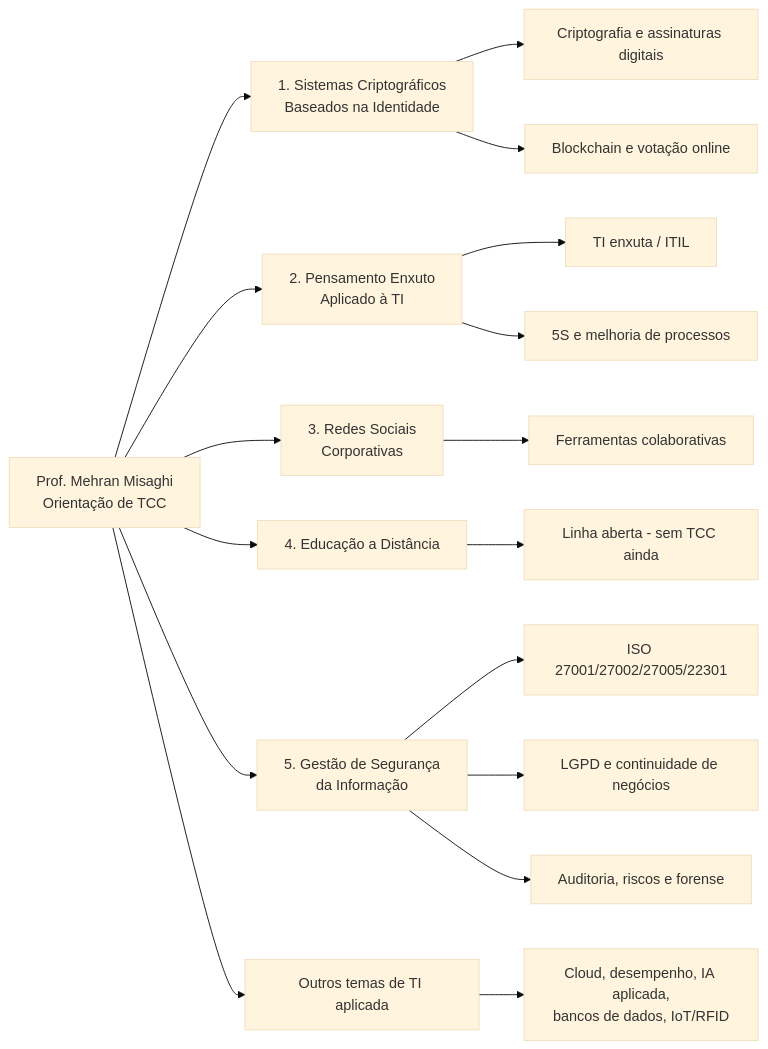
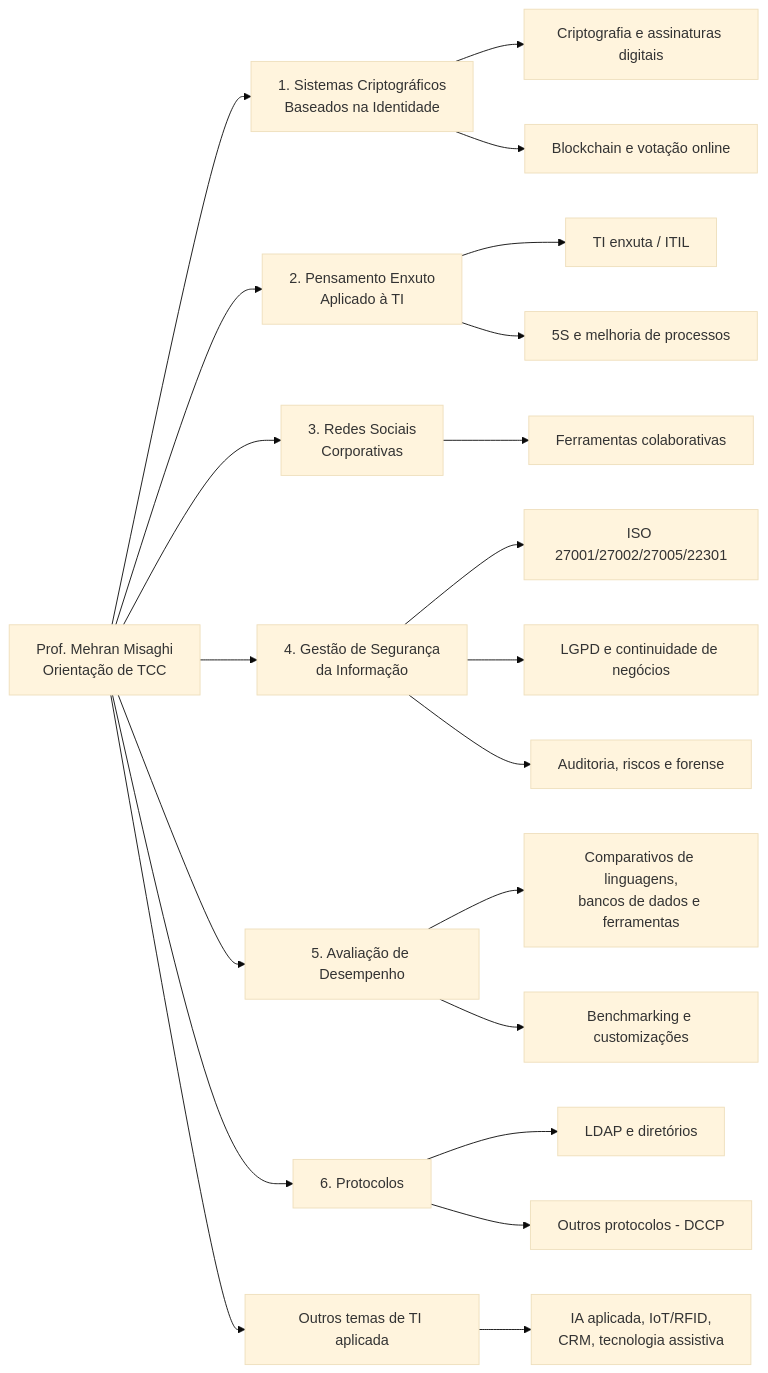
Before and after one commit to mehranmisaghi/orientacoes: the diagram in linhas-de-pesquisa-graduacao-tcc.md, drawn with Mermaid (base theme). The commit also changed other lines of this file, not shown here.

````diff
--- a/linhas-de-pesquisa-graduacao-tcc.md
+++ b/linhas-de-pesquisa-graduacao-tcc.md
@@ -10,25 +10,30 @@
 ```mermaid
 flowchart LR
     A[Prof. Mehran Misaghi<br/>Orientação de TCC] --> L1[1. Sistemas Criptográficos<br/>Baseados na Identidade]
     A --> L2[2. Pensamento Enxuto<br/>Aplicado à TI]
     A --> L3[3. Redes Sociais<br/>Corporativas]
-    A --> L4[4. Educação a Distância]
-    A --> L5[5. Gestão de Segurança<br/>da Informação]
-    A --> L6[Outros temas de TI aplicada]
+    A --> L4[4. Gestão de Segurança<br/>da Informação]
+    A --> L5[5. Avaliação de Desempenho]
+    A --> L6[6. Protocolos]
+    A --> L7[Outros temas de TI aplicada]
 
     L1 --> L1a[Criptografia e assinaturas digitais]
     L1 --> L1b[Blockchain e votação online]
 
     L2 --> L2a[TI enxuta / ITIL]
     L2 --> L2b[5S e melhoria de processos]
 
     L3 --> L3a[Ferramentas colaborativas]
 
-    L4 --> L4a[Linha aberta - sem TCC ainda]
+    L4 --> L4a[ISO 27001/27002/27005/22301]
+    L4 --> L4b[LGPD e continuidade de negócios]
+    L4 --> L4c[Auditoria, riscos e forense]
 
-    L5 --> L5a[ISO 27001/27002/27005/22301]
-    L5 --> L5b[LGPD e continuidade de negócios]
-    L5 --> L5c[Auditoria, riscos e forense]
+    L5 --> L5a[Comparativos de linguagens,<br/>bancos de dados e ferramentas]
+    L5 --> L5b[Benchmarking e customizações]
 
-    L6 --> L6a[Cloud, desempenho, IA aplicada,<br/>bancos de dados, IoT/RFID]
+    L6 --> L6a[LDAP e diretórios]
+    L6 --> L6b[Outros protocolos - DCCP]
+
+    L7 --> L7a[IA aplicada, IoT/RFID,<br/>CRM, tecnologia assistiva]
 ```
````
